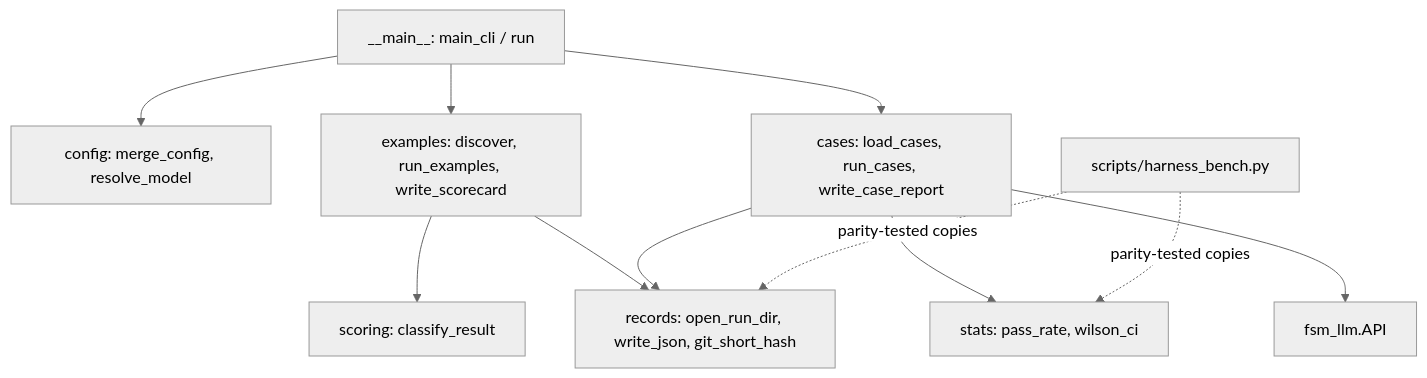
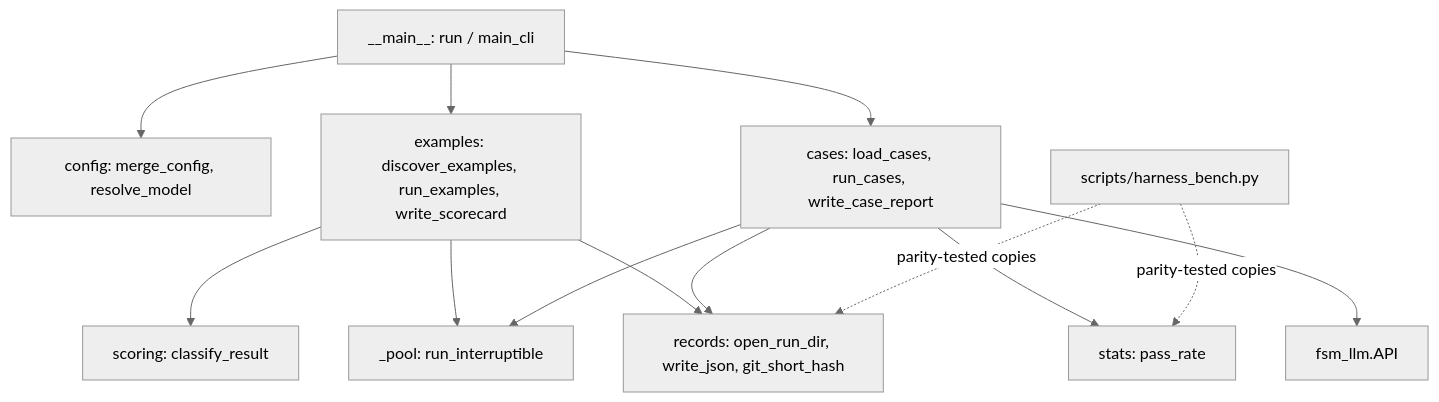
Before and after one commit to NikolasMarkou/fsm_llm: the diagram in src/fsm_llm/eval/CLAUDE.md, drawn with Mermaid (neutral theme). The commit also changed other lines of this file and 49 other files, not shown here.

````diff
--- a/src/fsm_llm/eval/CLAUDE.md
+++ b/src/fsm_llm/eval/CLAUDE.md
@@ -12,13 +19,15 @@
 ```mermaid
 flowchart TD
-    cli[__main__: main_cli / run] --> cfg[config: merge_config, resolve_model]
-    cli --> ex[examples: discover, run_examples, write_scorecard]
+    cli[__main__: run / main_cli] --> cfg[config: merge_config, resolve_model]
+    cli --> ex[examples: discover_examples, run_examples, write_scorecard]
     cli --> cs[cases: load_cases, run_cases, write_case_report]
     ex --> sc[scoring: classify_result]
+    ex --> pool[_pool: run_interruptible]
+    cs --> pool
     ex --> rec[records: open_run_dir, write_json, git_short_hash]
     cs --> rec
-    cs --> st[stats: pass_rate, wilson_ci]
+    cs --> st[stats: pass_rate]
     cs --> api[fsm_llm.API]
     hb[scripts/harness_bench.py] -. parity-tested copies .-> st
     hb -. parity-tested copies .-> rec
 ```
````
